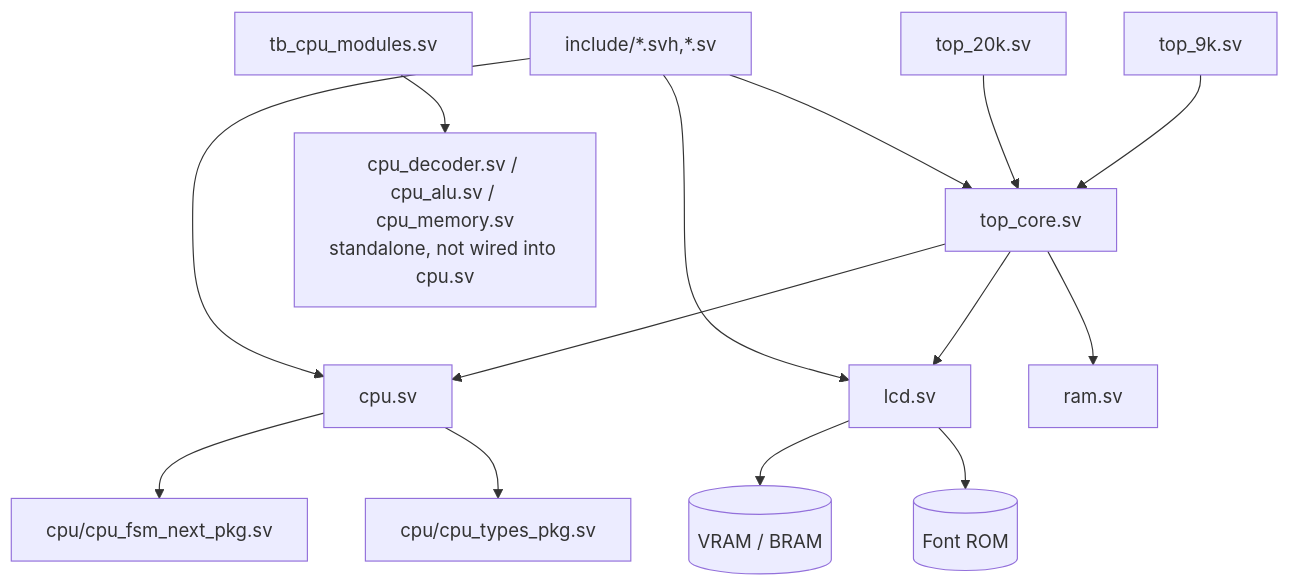
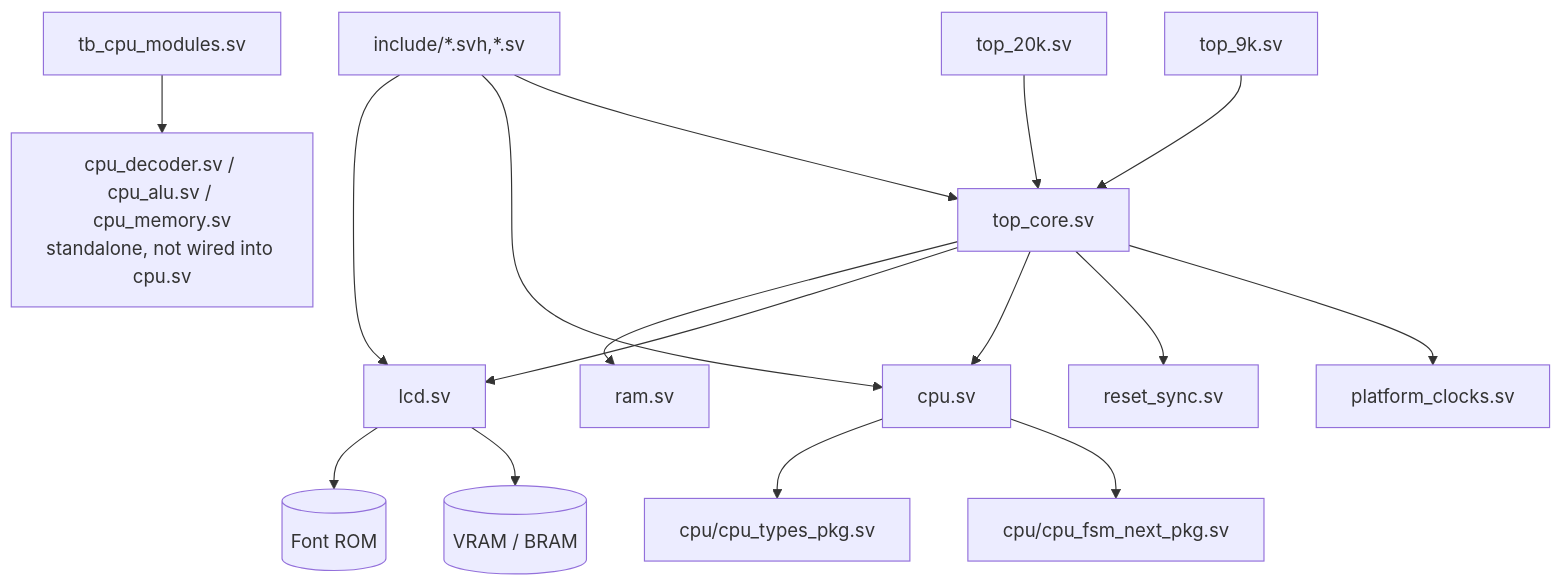
One commit to sokoide/tangnano_6502_cpu changed the diagram in day99_completed/docs/MODULE_MAP.md. Above: the diagram before and after it, drawn with Mermaid. The commit also changed other lines of this file and 33 other files, not shown here.

````diff
--- a/day99_completed/docs/MODULE_MAP.md
+++ b/day99_completed/docs/MODULE_MAP.md
@@ -7,21 +7,23 @@
 ```mermaid
 graph TD
   top9[top_9k.sv] --> core[top_core.sv]
   top20[top_20k.sv] --> core
+  core --> clk[platform_clocks.sv]
+  core --> rst[reset_sync.sv]
   core --> cpu[cpu.sv]
   core --> lcd[lcd.sv]
   core --> ram[ram.sv]
 
   cpu --> fsm[cpu/cpu_fsm_next_pkg.sv]
   cpu --> types[cpu/cpu_types_pkg.sv]
 
   lcd --> vram[(VRAM / BRAM)]
   lcd --> font[(Font ROM)]
 
   inc[include/*.svh,*.sv] --> core
   inc --> cpu
   inc --> lcd
 
   standalone[cpu_decoder.sv / cpu_alu.sv / cpu_memory.sv<br/>standalone, not wired into cpu.sv]
   tbm[tb_cpu_modules.sv] --> standalone
 ```
````
